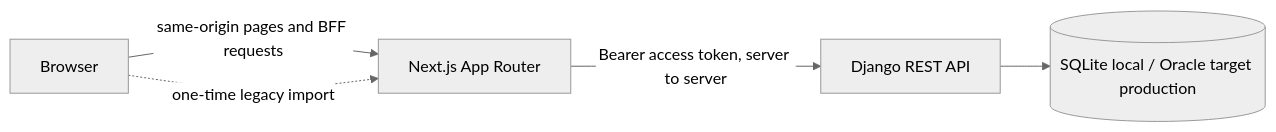
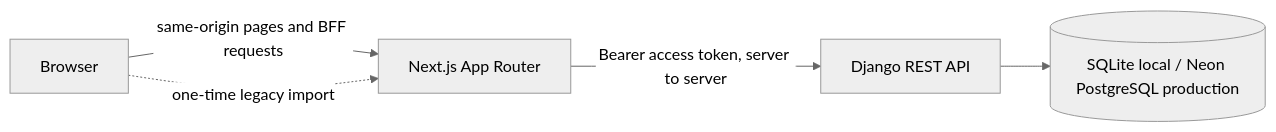
The first of 3 diagrams in docs/architecture.md (jfloww/picking-up), drawn with Mermaid (neutral theme) before and after one commit. The commit also changed other lines of this file and 3 other files, not shown here.

Commit message:
docs: refresh architecture and accessibility review

````diff
--- a/docs/architecture.md
+++ b/docs/architecture.md
@@ -12,7 +12,7 @@
 ```mermaid
 flowchart LR
     Browser[Browser] -->|same-origin pages and BFF requests| Next[Next.js App Router]
     Next -->|Bearer access token, server to server| Django[Django REST API]
-    Django --> DB[(SQLite local / Oracle target production)]
+    Django --> DB[(SQLite local / Neon PostgreSQL production)]
     Browser -. one-time legacy import .-> Next
 ```
````
